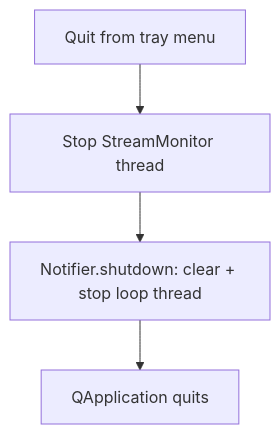
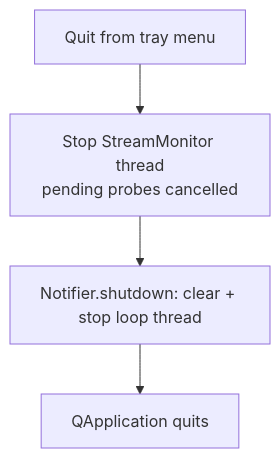
The sixth of 6 diagrams in doc/runtime-workflows.md (tarzasai/Lurkiti), drawn with Mermaid before and after one commit. The commit also changed other lines of this file and 6 other files, not shown here.

````diff
--- a/doc/runtime-workflows.md
+++ b/doc/runtime-workflows.md
@@ -115,6 +116,6 @@
 ```mermaid
 flowchart TD
-    A[Quit from tray menu] --> B[Stop StreamMonitor thread]
+    A[Quit from tray menu] --> B[Stop StreamMonitor thread<br/>pending probes cancelled]
     B --> C[Notifier.shutdown: clear + stop loop thread]
     C --> D[QApplication quits]
 ```
````
